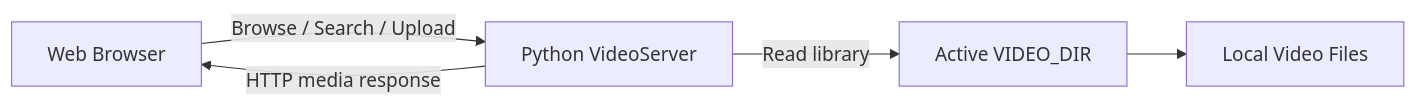
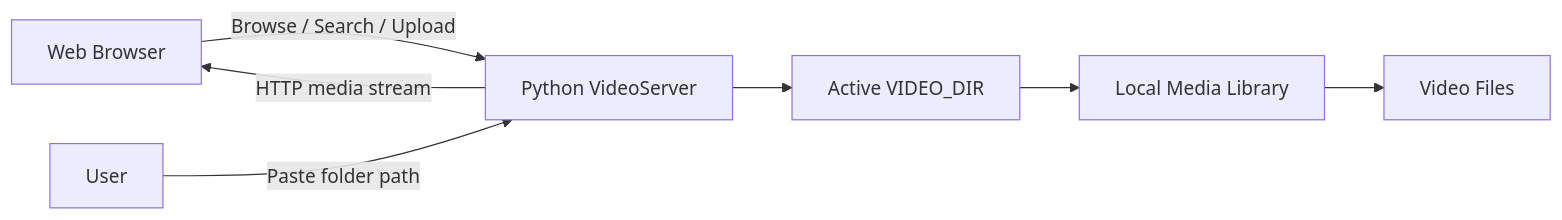
The first of 2 diagrams in README.md (robinmaker123-ai/videoserver), drawn with Mermaid before and after one commit. The commit also changed other lines of this file, not shown here.

Commit message:
docs: transform VideoServer README into a colorful 3D product showcase

````diff
--- a/README.md
+++ b/README.md
@@ -29,7 +94,9 @@
 ```mermaid
 flowchart LR
-    B[Web Browser] -->|Browse / Search / Upload| S[Python VideoServer]
-    S -->|Read library| D[Active VIDEO_DIR]
-    D --> V[Local Video Files]
-    S -->|HTTP media response| B
+    BROWSER[Web Browser] -->|Browse / Search / Upload| SERVER[Python VideoServer]
+    SERVER --> CONFIG[Active VIDEO_DIR]
+    CONFIG --> LIBRARY[Local Media Library]
+    LIBRARY --> FILES[Video Files]
+    SERVER -->|HTTP media stream| BROWSER
+    USER[User] -->|Paste folder path| SERVER
 ```
````
